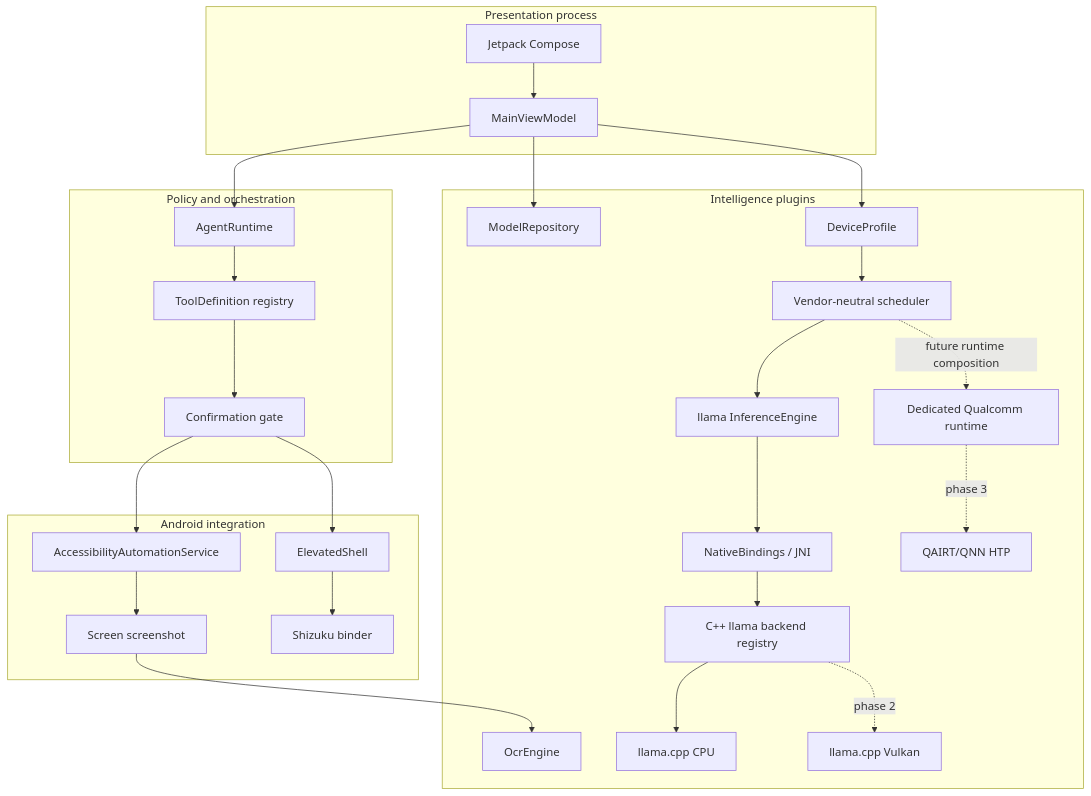
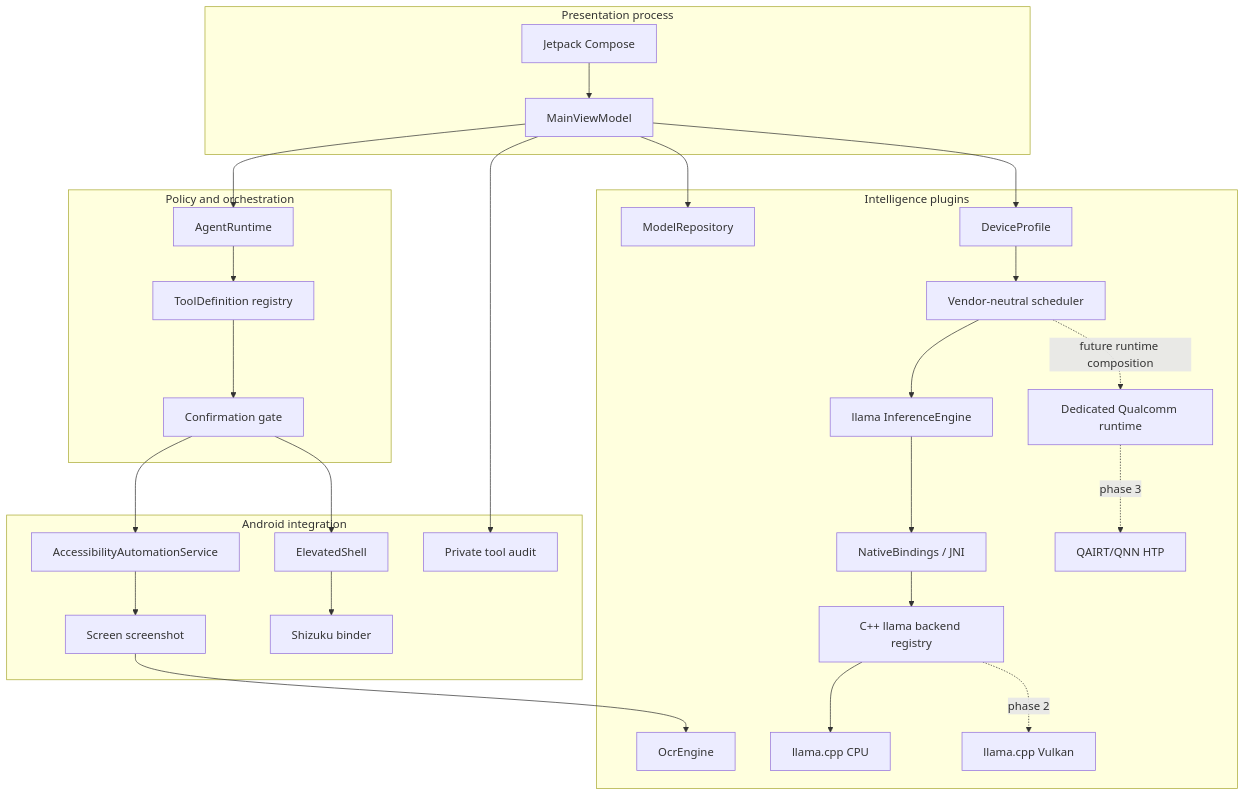
The first of 2 diagrams in docs/ARCHITECTURE.md (soobujmiah/lai), drawn with Mermaid before and after one commit. The commit also changed other lines of this file and 34 other files, not shown here.

Commit message:
feat(audit): persist one-shot tool approval chain

````diff
--- a/docs/ARCHITECTURE.md
+++ b/docs/ARCHITECTURE.md
@@ -13,52 +13,54 @@
 ```mermaid
 flowchart TB
   subgraph Presentation[Presentation process]
     UI[Jetpack Compose]
     VM[MainViewModel]
     UI --> VM
   end
 
   subgraph Orchestration[Policy and orchestration]
     AR[AgentRuntime]
     TC[ToolDefinition registry]
     CG[Confirmation gate]
     AR --> TC
     TC --> CG
   end
 
   subgraph Android[Android integration]
     AS[AccessibilityAutomationService]
     SS[Screen screenshot]
     SH[ElevatedShell]
     SZ[Shizuku binder]
+    PA[Private tool audit]
     AS --> SS
     SH --> SZ
   end
 
   subgraph Intelligence[Intelligence plugins]
     MR[ModelRepository]
     OE[OcrEngine]
     DP[DeviceProfile]
     IS[Vendor-neutral scheduler]
     IE[llama InferenceEngine]
     JNI[NativeBindings / JNI]
     BR[C++ llama backend registry]
     CPU[llama.cpp CPU]
     VK[llama.cpp Vulkan]
     QR[Dedicated Qualcomm runtime]
     QNN[QAIRT/QNN HTP]
     DP --> IS --> IE
     IE --> JNI --> BR
     BR --> CPU
     BR -. phase 2 .-> VK
     IS -. future runtime composition .-> QR
     QR -. phase 3 .-> QNN
   end
 
   VM --> AR
   VM --> MR
   VM --> DP
+  VM --> PA
   CG --> AS
   CG --> SH
   SS --> OE
 ```
````
